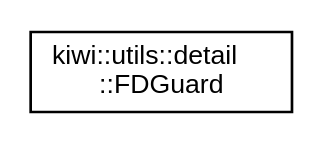
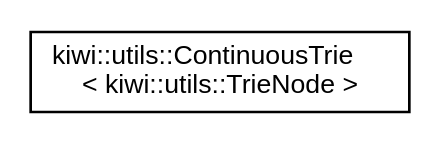
One commit to bab2min/Kiwi changed the diagram in inherit_graph_76.dot. Above: the diagram before and after it, drawn with Graphviz. The commit also changed 449 other files, not shown here.

```diff
--- a/inherit_graph_76.dot
+++ b/inherit_graph_76.dot
@@ -1,8 +1,8 @@
 digraph "Graphical Class Hierarchy"
 {
  // LATEX_PDF_SIZE
   edge [fontname="Helvetica",fontsize="10",labelfontname="Helvetica",labelfontsize="10"];
   node [fontname="Helvetica",fontsize="10",shape=record];
   rankdir="LR";
-  Node0 [label="kiwi::utils::detail\l::FDGuard",height=0.2,width=0.4,color="black", fillcolor="white", style="filled",URL="$classkiwi_1_1utils_1_1detail_1_1FDGuard.html",tooltip=" "];
+  Node0 [label="kiwi::utils::ContinuousTrie\l\< kiwi::utils::TrieNode \>",height=0.2,width=0.4,color="black", fillcolor="white", style="filled",URL="$classkiwi_1_1utils_1_1ContinuousTrie.html",tooltip=" "];
 }
```
